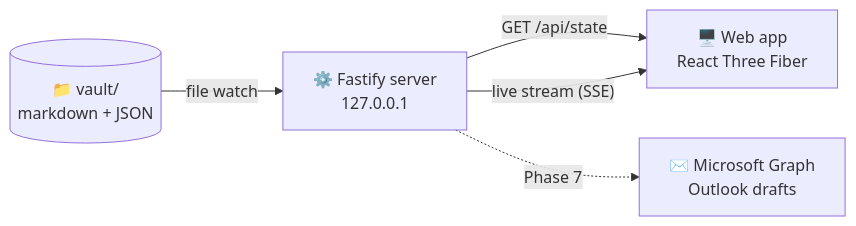
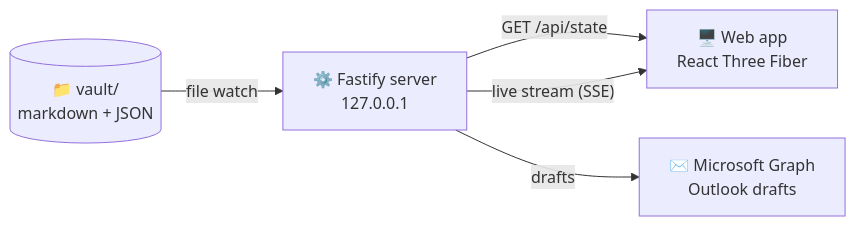
Before and after one commit to lauurnce/proCUREment-signal-chain: the second of 2 diagrams in README.md, drawn with Mermaid. The commit also changed other lines of this file and 3 other files, not shown here.

````diff
--- a/README.md
+++ b/README.md
@@ -206,7 +221,7 @@
 ```mermaid
 flowchart LR
     V[("📁 vault/<br/>markdown + JSON")] -- file watch --> S["⚙️ Fastify server<br/>127.0.0.1"]
     S -- "GET /api/state" --> W["🖥️ Web app<br/>React Three Fiber"]
     S -- "live stream (SSE)" --> W
-    S -. "Phase 7" .-> O["✉️ Microsoft Graph<br/>Outlook drafts"]
+    S -- "drafts" --> O["✉️ Microsoft Graph<br/>Outlook drafts"]
 ```
````
